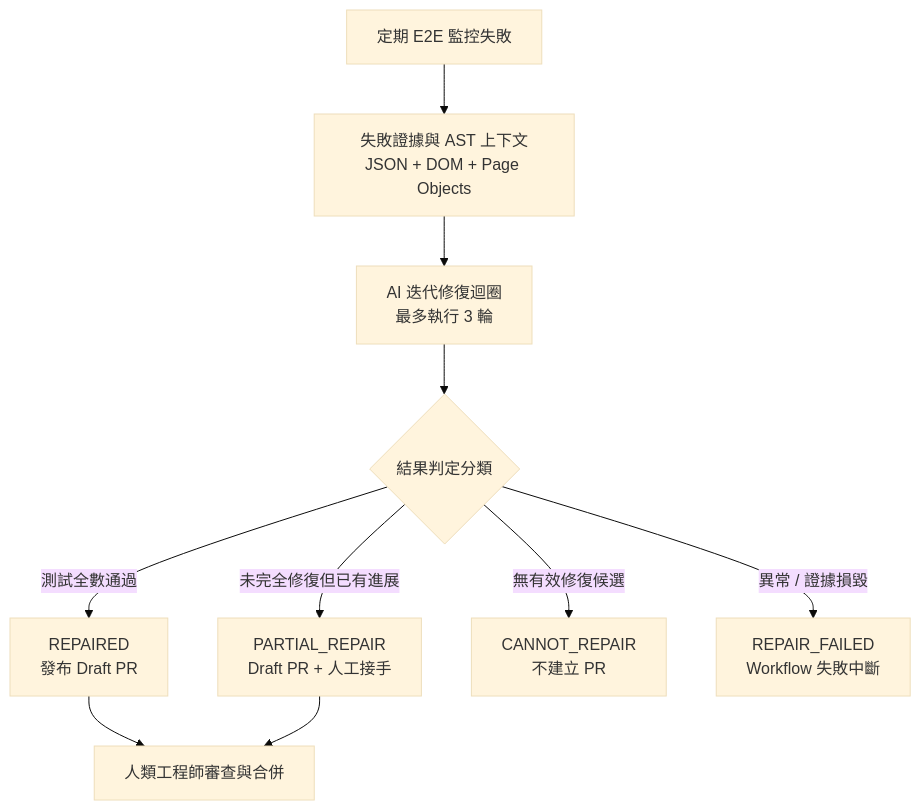
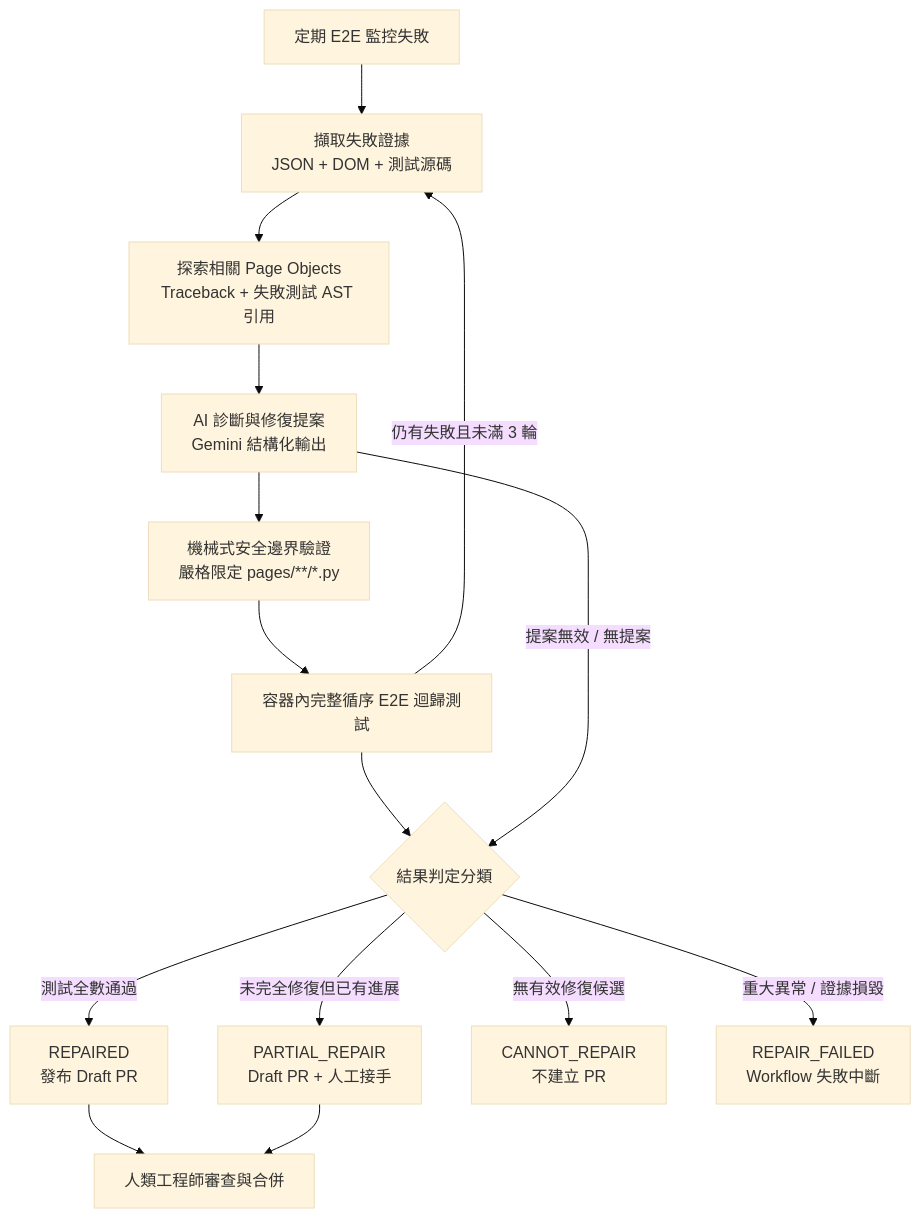
Before and after one commit to Andy-CH-BO-AN/playwright-self-healing-tests: the diagram in README.zh-TW.md, drawn with Mermaid (base theme). The commit also changed other lines of this file and 1 other file, not shown here.

Commit message:
DOCS: include safety validation and full regression in architecture diagram

````diff
--- a/README.zh-TW.md
+++ b/README.zh-TW.md
@@ -27,12 +27,17 @@
 ```mermaid
 flowchart TD
-    A[定期 E2E 監控失敗] --> B[失敗證據與 AST 上下文\nJSON + DOM + Page Objects]
-    B --> C[AI 迭代修復迴圈\n最多執行 3 輪]
-    C --> D{結果判定分類}
-    D -->|測試全數通過| E[REPAIRED\n發布 Draft PR]
-    D -->|未完全修復但已有進展| F[PARTIAL_REPAIR\nDraft PR + 人工接手]
-    D -->|無有效修復候選| G[CANNOT_REPAIR\n不建立 PR]
-    D -->|異常 / 證據損毀| H[REPAIR_FAILED\nWorkflow 失敗中斷]
-    E --> I[人類工程師審查與合併]
-    F --> I
+    A[定期 E2E 監控失敗] --> B[擷取失敗證據\nJSON + DOM + 測試源碼]
+    B --> C[探索相關 Page Objects\nTraceback + 失敗測試 AST 引用]
+    C --> D[AI 診斷與修復提案\nGemini 結構化輸出]
+    D --> E[機械式安全邊界驗證\n嚴格限定 pages/**/*.py]
+    E --> F[容器內完整循序 E2E 迴歸測試]
+    F -->|仍有失敗且未滿 3 輪| B
+    F --> G{結果判定分類}
+    D -->|提案無效 / 無提案| G
+    G -->|測試全數通過| H[REPAIRED\n發布 Draft PR]
+    G -->|未完全修復但已有進展| I[PARTIAL_REPAIR\nDraft PR + 人工接手]
+    G -->|無有效修復候選| J[CANNOT_REPAIR\n不建立 PR]
+    G -->|重大異常 / 證據損毀| K[REPAIR_FAILED\nWorkflow 失敗中斷]
+    H --> L[人類工程師審查與合併]
+    I --> L
 ```
````
